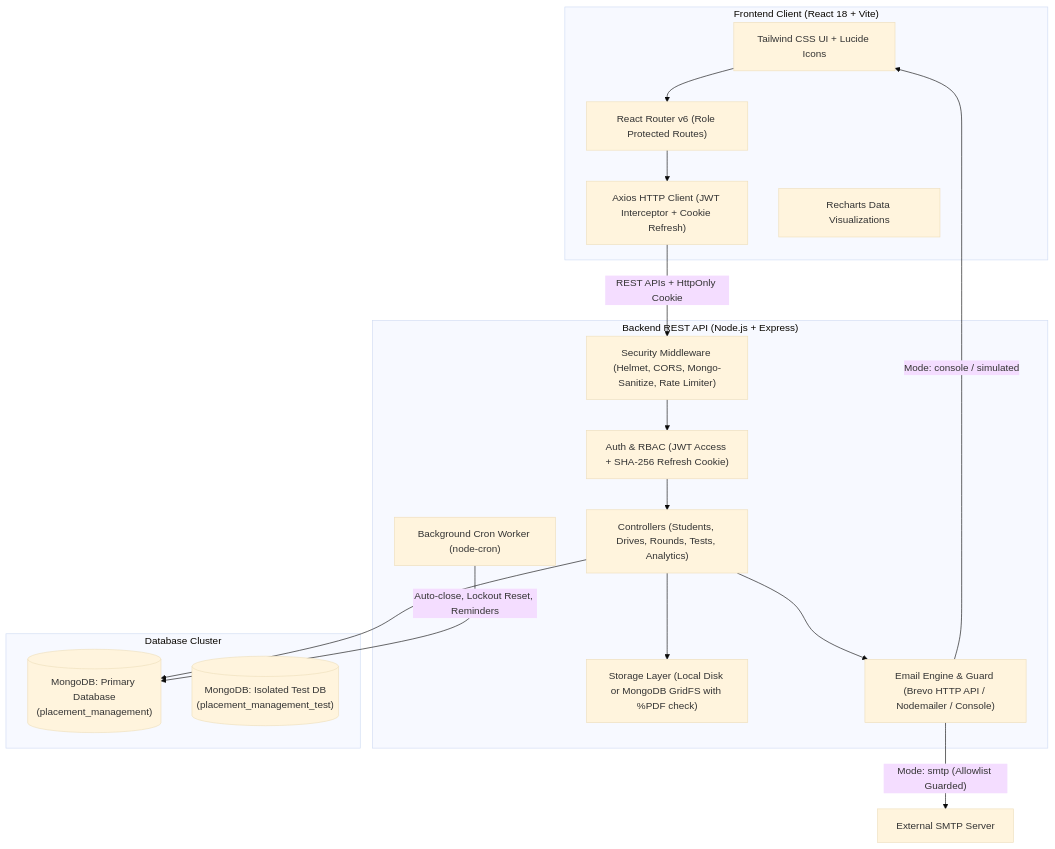
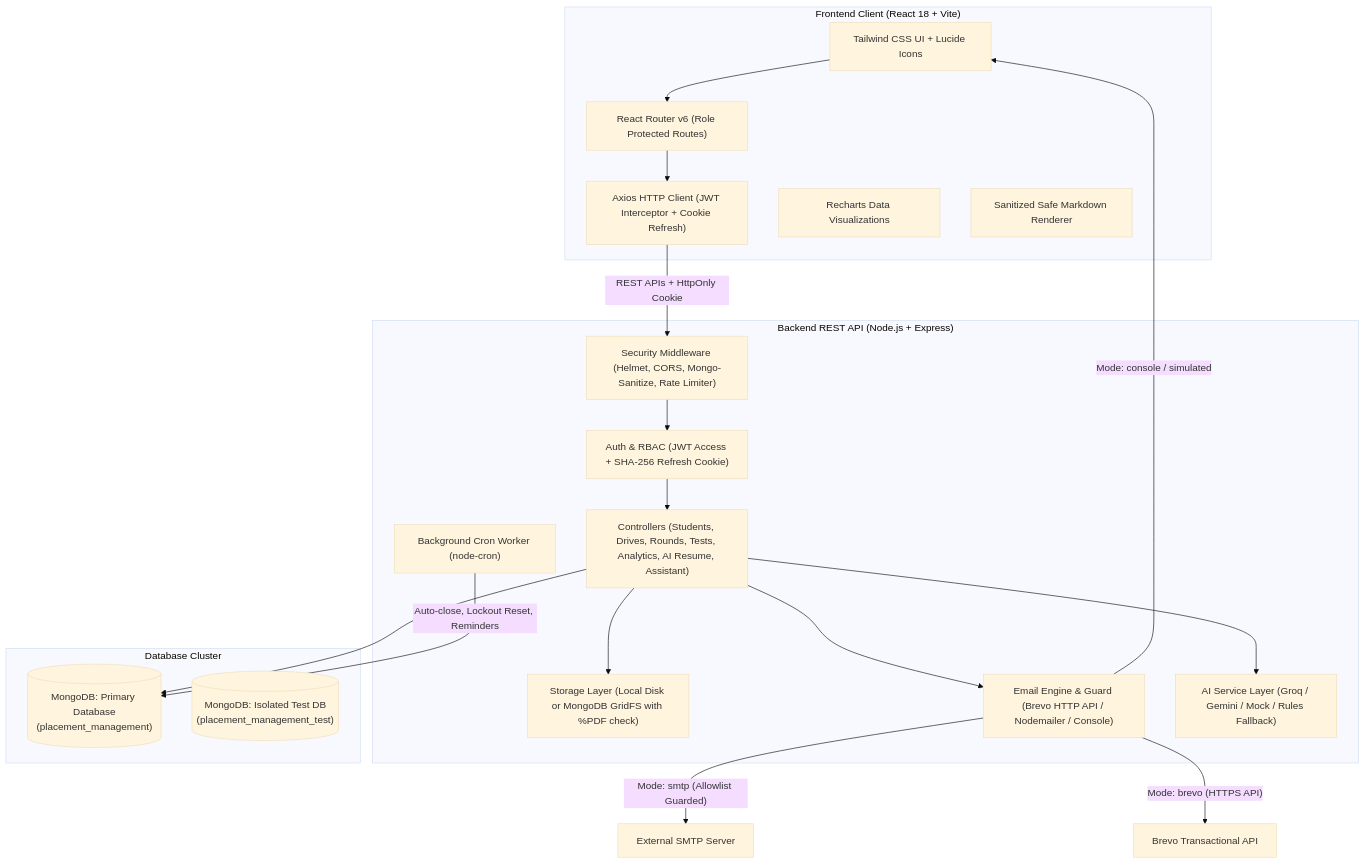
The first of 3 diagrams in README.md (Krunalsinh27/ai-placement-platform), drawn with Mermaid (base theme) before and after one commit. The commit also changed other lines of this file and 75 other files, not shown here.

````diff
--- a/README.md
+++ b/README.md
@@ -13,33 +13,37 @@
 ```mermaid
 flowchart TD
     subgraph Client["Frontend Client (React 18 + Vite)"]
         UI["Tailwind CSS UI + Lucide Icons"]
         Router["React Router v6 (Role Protected Routes)"]
         AxiosClient["Axios HTTP Client (JWT Interceptor + Cookie Refresh)"]
         Charts["Recharts Data Visualizations"]
+        SafeMarkdown["Sanitized Safe Markdown Renderer"]
     end
 
     subgraph Server["Backend REST API (Node.js + Express)"]
         Middleware["Security Middleware (Helmet, CORS, Mongo-Sanitize, Rate Limiter)"]
         AuthModule["Auth & RBAC (JWT Access + SHA-256 Refresh Cookie)"]
-        Controllers["Controllers (Students, Drives, Rounds, Tests, Analytics)"]
+        Controllers["Controllers (Students, Drives, Rounds, Tests, Analytics, AI Resume, Assistant)"]
         Storage["Storage Layer (Local Disk or MongoDB GridFS with %PDF check)"]
         CronService["Background Cron Worker (node-cron)"]
         EmailService["Email Engine & Guard (Brevo HTTP API / Nodemailer / Console)"]
+        AIService["AI Service Layer (Groq / Gemini / Mock / Rules Fallback)"]
     end
 
     subgraph Database["Database Cluster"]
         MongoMain[("MongoDB: Primary Database\n(placement_management)")]
         MongoTest[("MongoDB: Isolated Test DB\n(placement_management_test)")]
     end
 
     UI --> Router --> AxiosClient
     AxiosClient -- "REST APIs + HttpOnly Cookie" --> Middleware
     Middleware --> AuthModule --> Controllers
     Controllers --> Storage
+    Controllers --> AIService
     Controllers --> MongoMain
     CronService -- "Auto-close, Lockout Reset, Reminders" --> MongoMain
     Controllers --> EmailService
     EmailService -- "Mode: console / simulated" --> UI
     EmailService -- "Mode: smtp (Allowlist Guarded)" --> SMTP[External SMTP Server]
+    EmailService -- "Mode: brevo (HTTPS API)" --> BrevoAPI[Brevo Transactional API]
 ```
````
